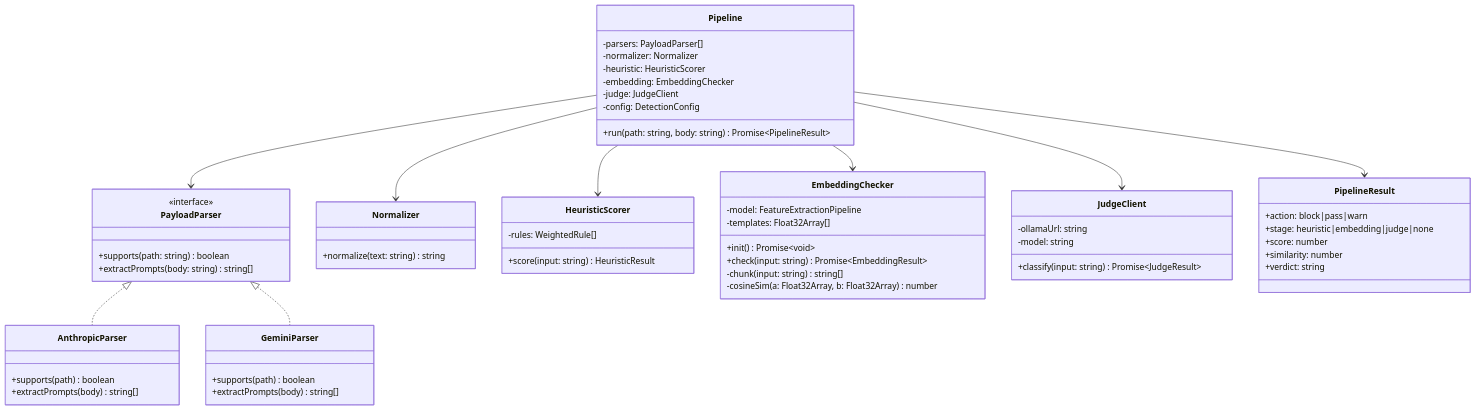
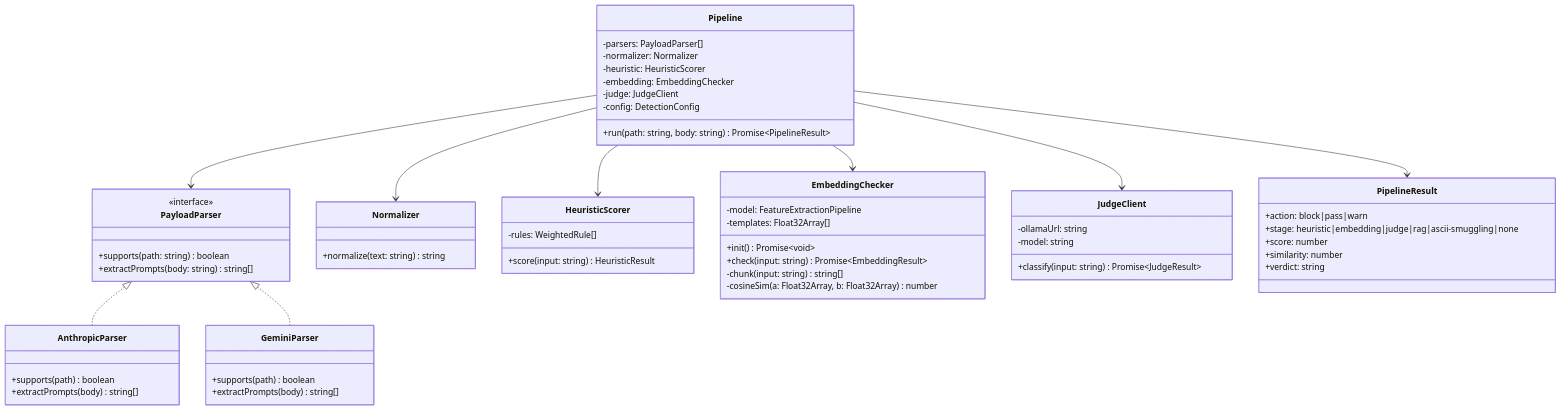
Before and after one commit to PIsberg/llm-fw: the third of 11 diagrams in docs/ARCHITECTURE.md, drawn with Mermaid. The commit also changed other lines of this file and 11 other files, not shown here.

First line of the commit message:
feat(dashboard): live defense toggles + ASCII-smuggling detection

````diff
--- a/docs/ARCHITECTURE.md
+++ b/docs/ARCHITECTURE.md
@@ -91,69 +91,69 @@
 ```mermaid
 classDiagram
     class PayloadParser {
         <<interface>>
         +supports(path: string) boolean
         +extractPrompts(body: string) string[]
     }
 
     class AnthropicParser {
         +supports(path) boolean
         +extractPrompts(body) string[]
     }
 
     class GeminiParser {
         +supports(path) boolean
         +extractPrompts(body) string[]
     }
 
     class Normalizer {
         +normalize(text: string) string
     }
 
     class HeuristicScorer {
         -rules: WeightedRule[]
         +score(input: string) HeuristicResult
     }
 
     class EmbeddingChecker {
         -model: FeatureExtractionPipeline
         -templates: Float32Array[]
         +init() Promise~void~
         +check(input: string) Promise~EmbeddingResult~
         -chunk(input: string) string[]
         -cosineSim(a: Float32Array, b: Float32Array) number
     }
 
     class JudgeClient {
         -ollamaUrl: string
         -model: string
         +classify(input: string) Promise~JudgeResult~
     }
 
     class Pipeline {
         -parsers: PayloadParser[]
         -normalizer: Normalizer
         -heuristic: HeuristicScorer
         -embedding: EmbeddingChecker
         -judge: JudgeClient
         -config: DetectionConfig
         +run(path: string, body: string) Promise~PipelineResult~
     }
 
     class PipelineResult {
         +action: block|pass|warn
-        +stage: heuristic|embedding|judge|none
+        +stage: heuristic|embedding|judge|rag|ascii-smuggling|none
         +score: number
         +similarity: number
         +verdict: string
     }
 
     PayloadParser <|.. AnthropicParser
     PayloadParser <|.. GeminiParser
     Pipeline --> PayloadParser
     Pipeline --> Normalizer
     Pipeline --> HeuristicScorer
     Pipeline --> EmbeddingChecker
     Pipeline --> JudgeClient
     Pipeline --> PipelineResult
 ```
````
